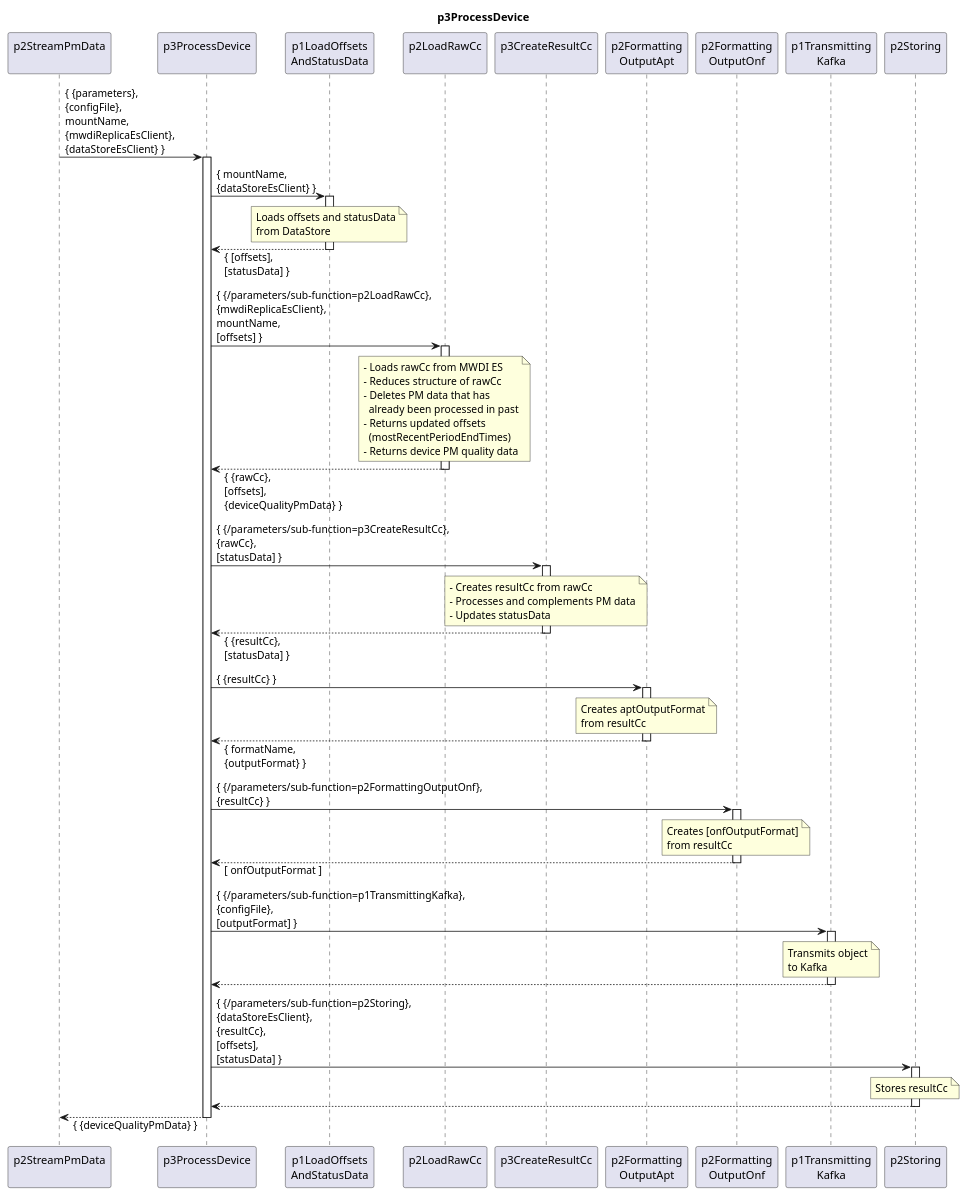
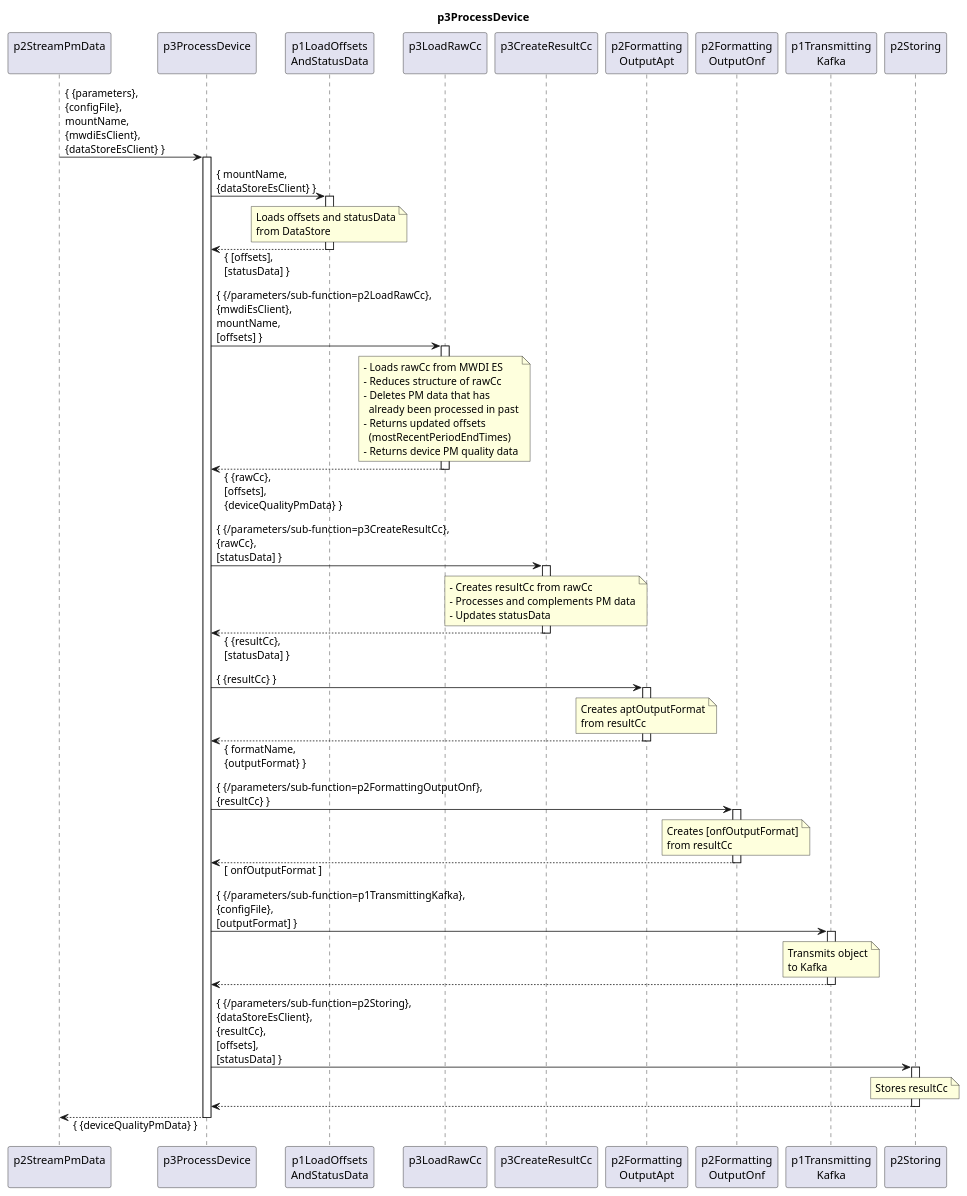
The diagram in spec/Functions/__new and changed functions/p3ProcessDevice/1.0.0/p3ProcessDevice.plantuml (openBackhaul/DevicePerformanceManagementDataProcessor), drawn with PlantUML before and after one commit. The commit also changed 2 other files, not shown here.

Commit message:
finalize p3ProcessDevice

```diff
--- a/spec/Functions/__new and changed functions/p3ProcessDevice/1.0.0/p3ProcessDevice.plantuml
+++ b/spec/Functions/__new and changed functions/p3ProcessDevice/1.0.0/p3ProcessDevice.plantuml
@@ -1,114 +1,114 @@
 @startuml p3ProcessDevice
 skinparam responseMessageBelowArrow true
 
 title
   p3ProcessDevice
 end title
 
 participant "p2StreamPmData\n" as requestor
 participant "p3ProcessDevice\n" as cur
 participant "p1LoadOffsets\nAndStatusData" as p1Offset
-participant "p2LoadRawCc\n" as p2AddRaw
+participant "p3LoadRawCc\n" as p3AddRaw
 participant "p3CreateResultCc\n" as p3CreateResCc
 participant "p2Formatting\nOutputApt" as p2OutputApt
 participant "p2Formatting\nOutputOnf" as p2OutputOnf
 participant "p1Transmitting\nKafka" as p1Trans
 participant "p2Storing\n" as p2Store
 
-requestor -> cur : { {parameters},\n{configFile},\nmountName,\n{mwdiReplicaEsClient},\n{dataStoreEsClient} }
+requestor -> cur : { {parameters},\n{configFile},\nmountName,\n{mwdiEsClient},\n{dataStoreEsClient} }
 activate cur
 
   'LoadOffsetsAndStatusData
   cur -> p1Offset: { mountName,\n{dataStoreEsClient} }
   activate p1Offset
 
     note over p1Offset
       Loads offsets and statusData
       from DataStore
     end note
 
   cur <-- p1Offset: { [offsets],\n[statusData] }
   deactivate p1Offset
 
   'LoadRawCc
-  cur -> p2AddRaw : { {/parameters/sub-function=p2LoadRawCc},\n{mwdiReplicaEsClient},\nmountName,\n[offsets] }
-  activate p2AddRaw
+  cur -> p3AddRaw : { {/parameters/sub-function=p2LoadRawCc},\n{mwdiEsClient},\nmountName,\n[offsets] }
+  activate p3AddRaw
 
-    note over p2AddRaw
+    note over p3AddRaw
       - Loads rawCc from MWDI ES
       - Reduces structure of rawCc
       - Deletes PM data that has
         already been processed in past
       - Returns updated offsets
         (mostRecentPeriodEndTimes)
       - Returns device PM quality data
     end note
 
-  cur <-- p2AddRaw : { {rawCc},\n[offsets],\n{deviceQualityPmData} }
-  deactivate p2AddRaw
+  cur <-- p3AddRaw : { {rawCc},\n[offsets],\n{deviceQualityPmData} }
+  deactivate p3AddRaw
 
   'CreateResultCc
   cur -> p3CreateResCc : { {/parameters/sub-function=p3CreateResultCc},\n{rawCc},\n[statusData] }
   activate p3CreateResCc
 
     note over p3CreateResCc
       - Creates resultCc from rawCc
       - Processes and complements PM data
       - Updates statusData
     end note
 
   cur <-- p3CreateResCc :  { {resultCc},\n[statusData] }
   deactivate p3CreateResCc
 
   'FormattingOutputApt
   cur -> p2OutputApt : { {resultCc} }
   activate p2OutputApt
 
     note over p2OutputApt
       Creates aptOutputFormat
       from resultCc
     end note
 
   cur <-- p2OutputApt : { formatName,\n{outputFormat} }
   deactivate p2OutputApt
 
   'FormattingOutputOnf
   cur -> p2OutputOnf : { {/parameters/sub-function=p2FormattingOutputOnf},\n{resultCc} }
   activate p2OutputOnf
 
     note over p2OutputOnf
       Creates [onfOutputFormat]
       from resultCc
     end note
 
   cur <-- p2OutputOnf : [ onfOutputFormat ]
   deactivate p2OutputOnf
 
   'TransmittingKafka
   cur -> p1Trans : { {/parameters/sub-function=p1TransmittingKafka},\n{configFile},\n[outputFormat] }
   activate p1Trans
 
     note over p1Trans
       Transmits object
       to Kafka
     end note
 
   cur <-- p1Trans
   deactivate p1Trans
 
   'Storing
   cur -> p2Store : { {/parameters/sub-function=p2Storing},\n{dataStoreEsClient},\n{resultCc},\n[offsets],\n[statusData] }
   activate p2Store
 
     note over p2Store
       Stores resultCc
     end note
 
   cur <-- p2Store
   deactivate p2Store
 
   requestor <-- cur: { {deviceQualityPmData} }
 
 deactivate cur
 
 @enduml
```
